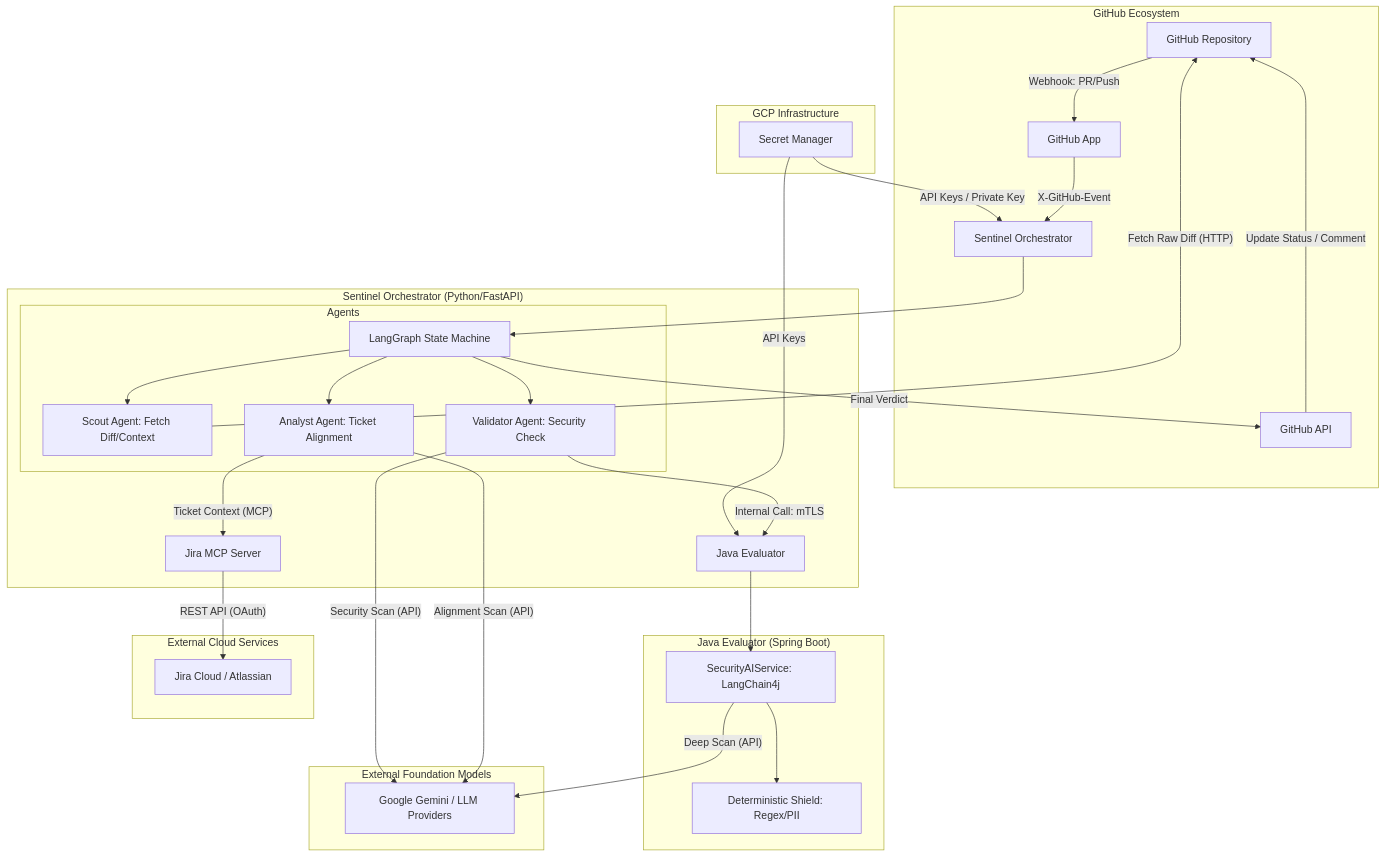
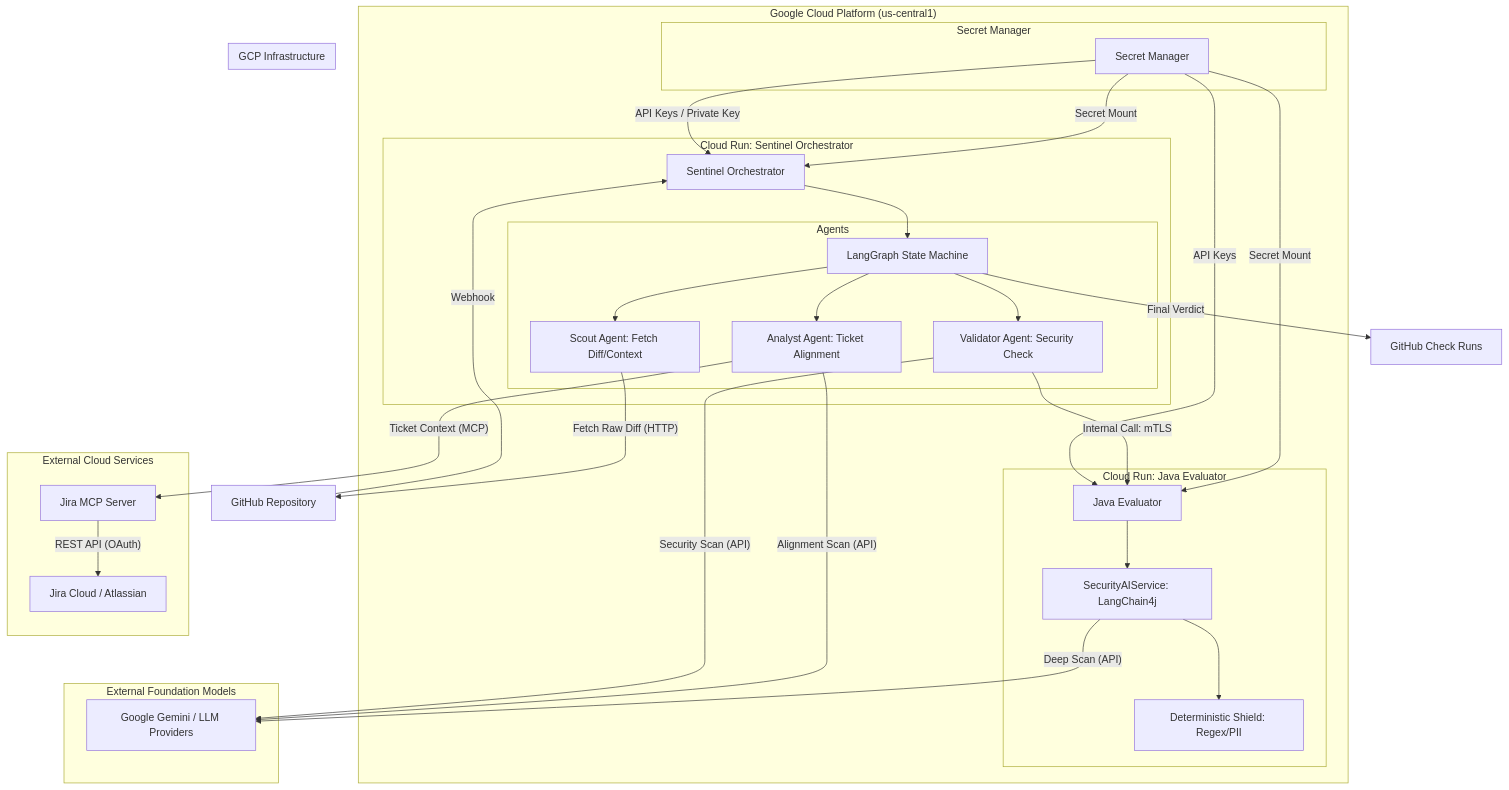
One commit to tbrom/pr-compliance-agent changed the diagram in README.md. Above: the diagram before and after it, drawn with Mermaid.

Commit message:
docs: Upgrade architecture diagram to full Deployment View

````diff
--- a/README.md
+++ b/README.md
@@ -11,41 +11,46 @@
 ```mermaid
 graph TB
-    subgraph "GitHub Ecosystem"
-        A[GitHub Repository] -- Webhook: PR/Push --> B[GitHub App]
-        B -- X-GitHub-Event --> C[Sentinel Orchestrator]
-        K[GitHub API] -- Update Status / Comment --> A
+    subgraph "Google Cloud Platform (us-central1)"
+        subgraph "Cloud Run: Sentinel Orchestrator"
+            C[Sentinel Orchestrator] --> D[LangGraph State Machine]
+            subgraph "Agents"
+                D --> E[Scout Agent: Fetch Diff/Context]
+                D --> F[Analyst Agent: Ticket Alignment]
+                D --> G[Validator Agent: Security Check]
+            end
+        end
+
+        subgraph "Cloud Run: Java Evaluator"
+            H[Java Evaluator] --> I[SecurityAIService: LangChain4j]
+            I --> J[Deterministic Shield: Regex/PII]
+        end
+
+        subgraph "Secret Manager"
+            M[API Keys & GitHub Secrets]
+        end
+
+        M -- Secret Mount --> C
+        M -- Secret Mount --> H
     end
 
-    subgraph "Sentinel Orchestrator (Python/FastAPI)"
-        C --> D[LangGraph State Machine]
-        subgraph "Agents"
-            D --> E[Scout Agent: Fetch Diff/Context]
-            D --> F[Analyst Agent: Ticket Alignment]
-            D --> G[Validator Agent: Security Check]
-        end
-        E -- Fetch Raw Diff (HTTP) --> A
-        F -- Ticket Context (MCP) --> N[Jira MCP Server]
-        G -- Internal Call: mTLS --> H[Java Evaluator]
-        D -- Final Verdict --> K
-    end
-
-    subgraph "Java Evaluator (Spring Boot)"
-        H --> I[SecurityAIService: LangChain4j]
-        I --> J[Deterministic Shield: Regex/PII]
-    end
+    A[GitHub Repository] -- Webhook --> C
+    E -- Fetch Raw Diff (HTTP) --> A
+    F -- Ticket Context (MCP) --> N[Jira MCP Server]
+    G -- Internal Call: mTLS --> H
+    D -- Final Verdict --> K[GitHub Check Runs]
 
     subgraph "External Foundation Models"
         F -- Alignment Scan (API) --> L[Google Gemini / LLM Providers]
         G -- Security Scan (API) --> L
         I -- Deep Scan (API) --> L
     end
 
     subgraph "External Cloud Services"
         N -- REST API (OAuth) --> O[Jira Cloud / Atlassian]
     end
 
     subgraph "GCP Infrastructure"
         M[Secret Manager] -- API Keys / Private Key --> C
         M -- API Keys --> H
     end
 ```
````
